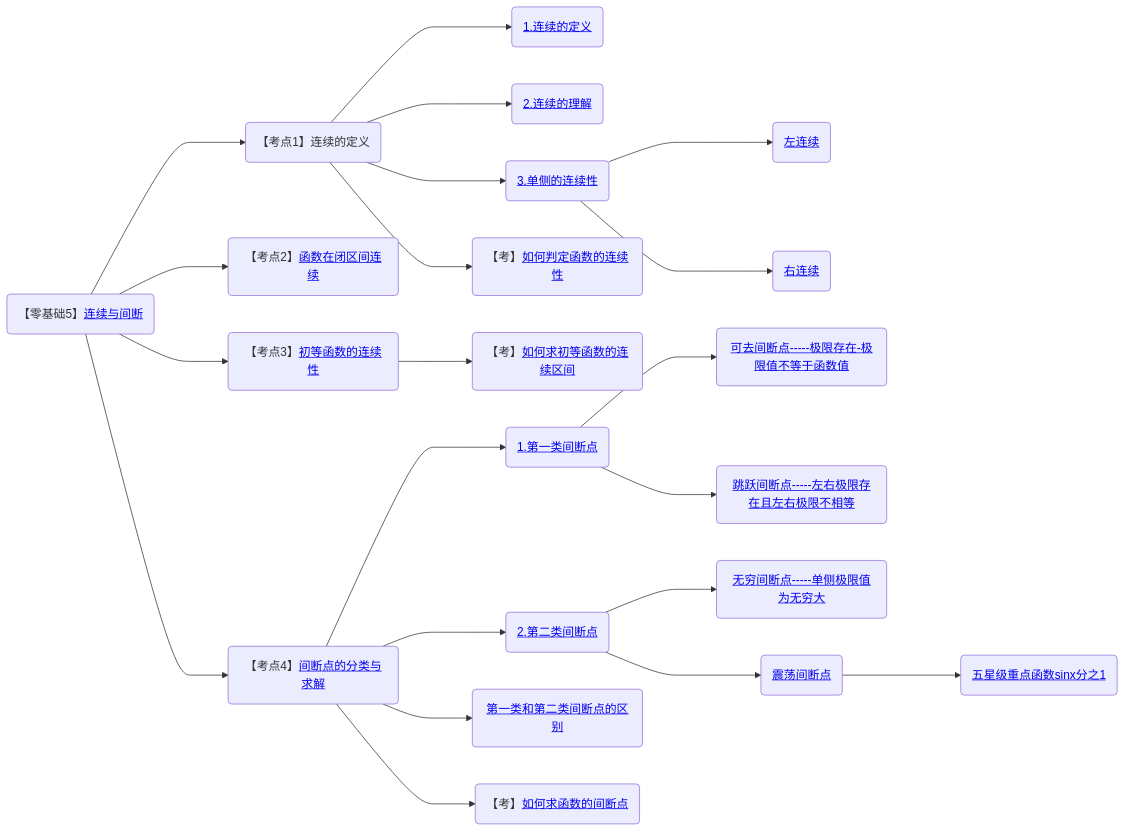
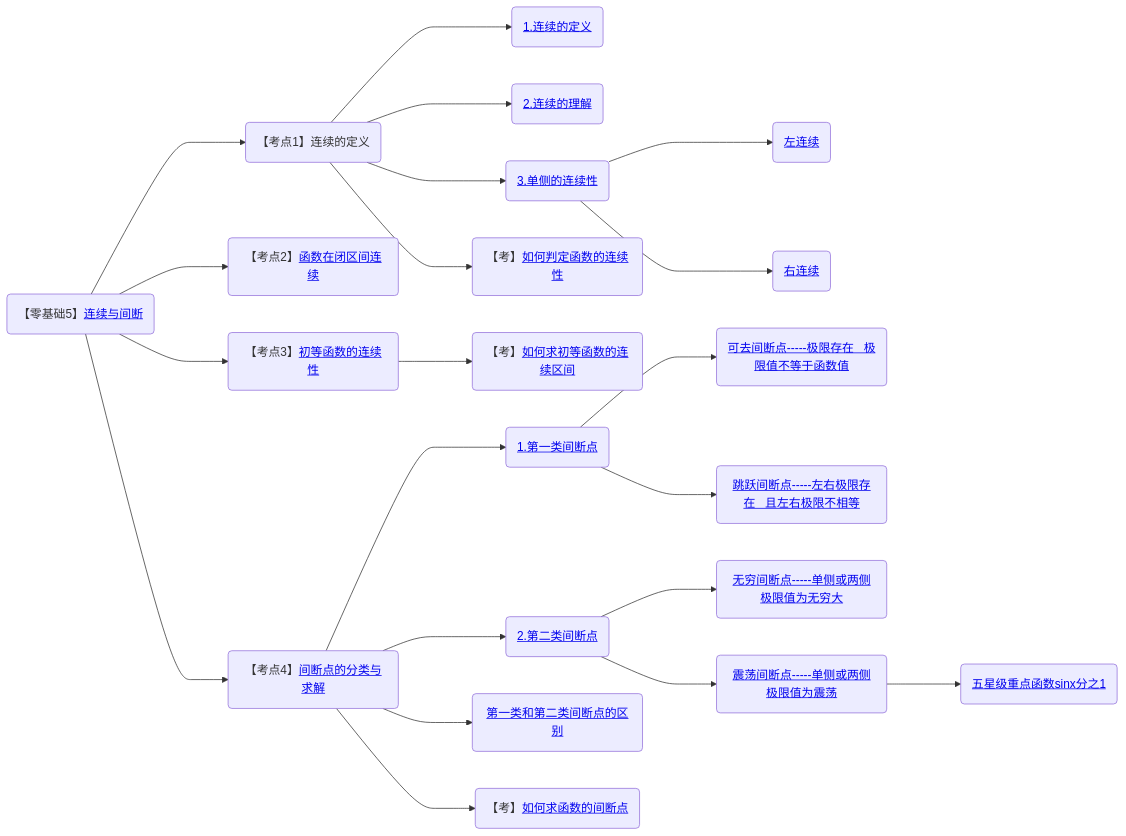
Before and after one commit to yuebinghui/note: the fifth of 10 diagrams in 笔记/数学/周洋鑫/00.框架.md, drawn with Mermaid. The commit also changed 1 other file, not shown here.

Commit message:
Wed Sep 18 10:01:59 CST 2024

````diff
--- a/笔记/数学/周洋鑫/00.框架.md
+++ b/笔记/数学/周洋鑫/00.框架.md
@@ -247,33 +247,33 @@
 ```mermaid
 graph LR
 连续与间断(【零基础5】<a href="/Users/yuebinghui/Documents/program/github/note/笔记/数学/周洋鑫/09.2.零基础核心考点精讲8-1.md#连续与间断">连续与间断</>)
 
 
 连续与间断--->连续的定义(【考点1】连续的定义)
 连续的定义--->1.连续的定义(<a href="/Users/yuebinghui/Documents/program/github/note/笔记/数学/周洋鑫/09.2.零基础核心考点精讲8-1.md#1.连续的定义">1.连续的定义</>)
 连续的定义--->2.连续的理解(<a href="/Users/yuebinghui/Documents/program/github/note/笔记/数学/周洋鑫/09.2.零基础核心考点精讲8-1.md#2.连续的理解">2.连续的理解</>)
 连续的定义--->3.单侧的连续性(<a href="/Users/yuebinghui/Documents/program/github/note/笔记/数学/周洋鑫/09.2.零基础核心考点精讲8-1.md#3.单侧的连续性">3.单侧的连续性</>)
 3.单侧的连续性--->左连续(<a href="/Users/yuebinghui/Documents/program/github/note/笔记/数学/周洋鑫/09.2.零基础核心考点精讲8-1.md#左连续">左连续</>)
 3.单侧的连续性--->右连续(<a href="/Users/yuebinghui/Documents/program/github/note/笔记/数学/周洋鑫/09.2.零基础核心考点精讲8-1.md#右连续">右连续</>)
 连续的定义--->如何判定函数的连续性(【考】<a href="/Users/yuebinghui/Documents/program/github/note/笔记/数学/周洋鑫/09.2.零基础核心考点精讲8-1.md#如何判定函数的连续性">如何判定函数的连续性</>)
 
 
 连续与间断--->函数在闭区间连续(【考点2】<a href="/Users/yuebinghui/Documents/program/github/note/笔记/数学/周洋鑫/09.2.零基础核心考点精讲8-1.md#函数在闭区间连续">函数在闭区间连续</>)
 
 
 连续与间断--->初等函数的连续性(【考点3】<a href="/Users/yuebinghui/Documents/program/github/note/笔记/数学/周洋鑫/09.2.零基础核心考点精讲8-1.md#初等函数的连续性">初等函数的连续性</>)
 初等函数的连续性--->如何求初等函数的连续区间(【考】<a href="/Users/yuebinghui/Documents/program/github/note/笔记/数学/周洋鑫/09.2.零基础核心考点精讲8-1.md#如何求初等函数的连续区间">如何求初等函数的连续区间</>)
 
 
 连续与间断--->间断点的分类与求解(【考点4】<a href="/Users/yuebinghui/Documents/program/github/note/笔记/数学/周洋鑫/09.2.零基础核心考点精讲8-1.md#间断点的分类与求解">间断点的分类与求解</>)
 间断点的分类与求解--->1.第一类间断点(<a href="/Users/yuebinghui/Documents/program/github/note/笔记/数学/周洋鑫/09.2.零基础核心考点精讲8-1.md#1.第一类间断点">1.第一类间断点</>)
-1.第一类间断点--->可去间断点(<a href="/Users/yuebinghui/Documents/program/github/note/笔记/数学/周洋鑫/09.2.零基础核心考点精讲8-1.md#可去间断点">可去间断点</>-----极限存在-极限值不等于函数值)
-1.第一类间断点--->跳跃间断点(<a href="/Users/yuebinghui/Documents/program/github/note/笔记/数学/周洋鑫/09.2.零基础核心考点精讲8-1.md#跳跃间断点">跳跃间断点</>-----左右极限存在且左右极限不相等)
+1.第一类间断点--->可去间断点(<a href="/Users/yuebinghui/Documents/program/github/note/笔记/数学/周洋鑫/09.2.零基础核心考点精讲8-1.md#可去间断点">可去间断点</>-----极限存在   极限值不等于函数值)
+1.第一类间断点--->跳跃间断点(<a href="/Users/yuebinghui/Documents/program/github/note/笔记/数学/周洋鑫/09.2.零基础核心考点精讲8-1.md#跳跃间断点">跳跃间断点</>-----左右极限存在   且左右极限不相等)
 间断点的分类与求解--->2.第二类间断点(<a href="/Users/yuebinghui/Documents/program/github/note/笔记/数学/周洋鑫/09.2.零基础核心考点精讲8-1.md#2.第二类间断点">2.第二类间断点</>)
-2.第二类间断点--->无穷间断点(<a href="/Users/yuebinghui/Documents/program/github/note/笔记/数学/周洋鑫/09.2.零基础核心考点精讲8-1.md#无穷间断点">无穷间断点</>-----单侧极限值为无穷大)
-2.第二类间断点--->震荡间断点(<a href="/Users/yuebinghui/Documents/program/github/note/笔记/数学/周洋鑫/09.2.零基础核心考点精讲8-1.md#震荡间断点">震荡间断点</>)
+2.第二类间断点--->无穷间断点(<a href="/Users/yuebinghui/Documents/program/github/note/笔记/数学/周洋鑫/09.2.零基础核心考点精讲8-1.md#无穷间断点">无穷间断点</>-----单侧或两侧极限值为无穷大)
+2.第二类间断点--->震荡间断点(<a href="/Users/yuebinghui/Documents/program/github/note/笔记/数学/周洋鑫/09.2.零基础核心考点精讲8-1.md#震荡间断点">震荡间断点</>-----单侧或两侧极限值为震荡)
 震荡间断点--->五星级重点函数sinx分之1(<a href="/Users/yuebinghui/Documents/program/github/note/笔记/数学/周洋鑫/09.2.零基础核心考点精讲8-1.md#五星级重点函数sinx分之1">五星级重点函数sinx分之1</>)
 间断点的分类与求解--->第一类和第二类间断点的区别(<a href="/Users/yuebinghui/Documents/program/github/note/笔记/数学/周洋鑫/09.2.零基础核心考点精讲8-1.md#第一类和第二类间断点的区别">第一类和第二类间断点的区别</>)
 间断点的分类与求解--->如何求函数的间断点(【考】<a href="/Users/yuebinghui/Documents/program/github/note/笔记/数学/周洋鑫/09.2.零基础核心考点精讲8-1.md#如何求函数的间断点">如何求函数的间断点</>)
 
 ```
````
